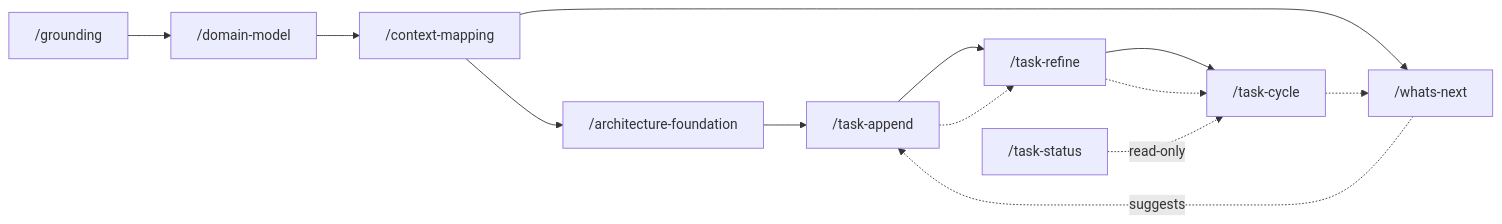
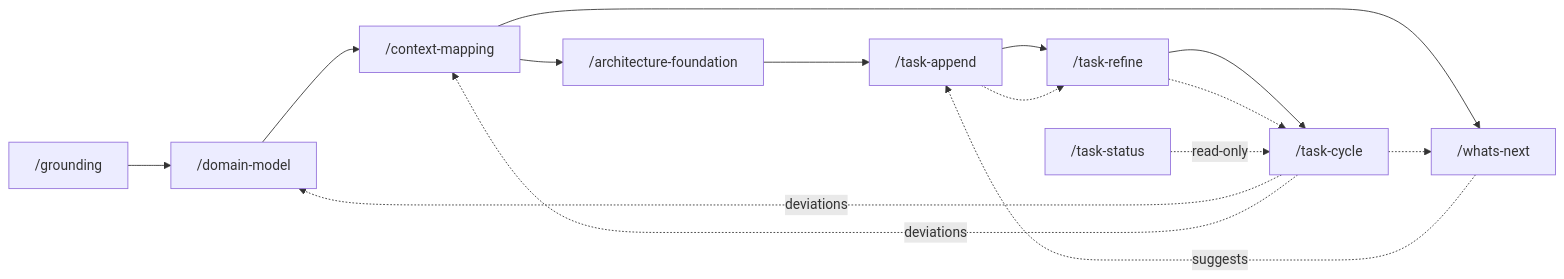
Before and after one commit to mtrense/skills: the diagram in domain-driven/README.md, drawn with Mermaid. The commit also changed other lines of this file and 8 other files, not shown here.

````diff
--- a/domain-driven/README.md
+++ b/domain-driven/README.md
@@ -7,10 +7,12 @@
 ```mermaid
 flowchart LR
   g["/grounding"] --> dm["/domain-model"] --> cm["/context-mapping"]
   cm --> af["/architecture-foundation"] --> ap["/task-append"] --> rf["/task-refine"] --> wc["/task-cycle"]
   ap -.-> rf -.-> wc
   ts["/whats-next"] -.suggests.-> ap
   cm --> ts
   wc -.-> ts
+  wc -.deviations.-> dm
+  wc -.deviations.-> cm
   stat["/task-status"] -.read-only.-> wc
 ```
````
